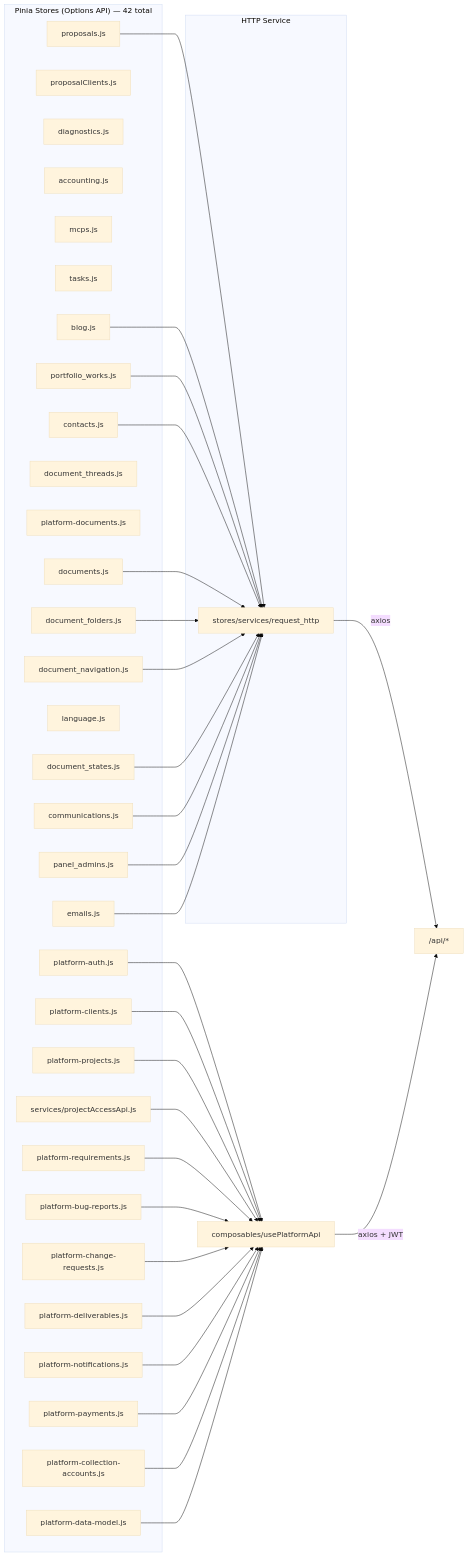
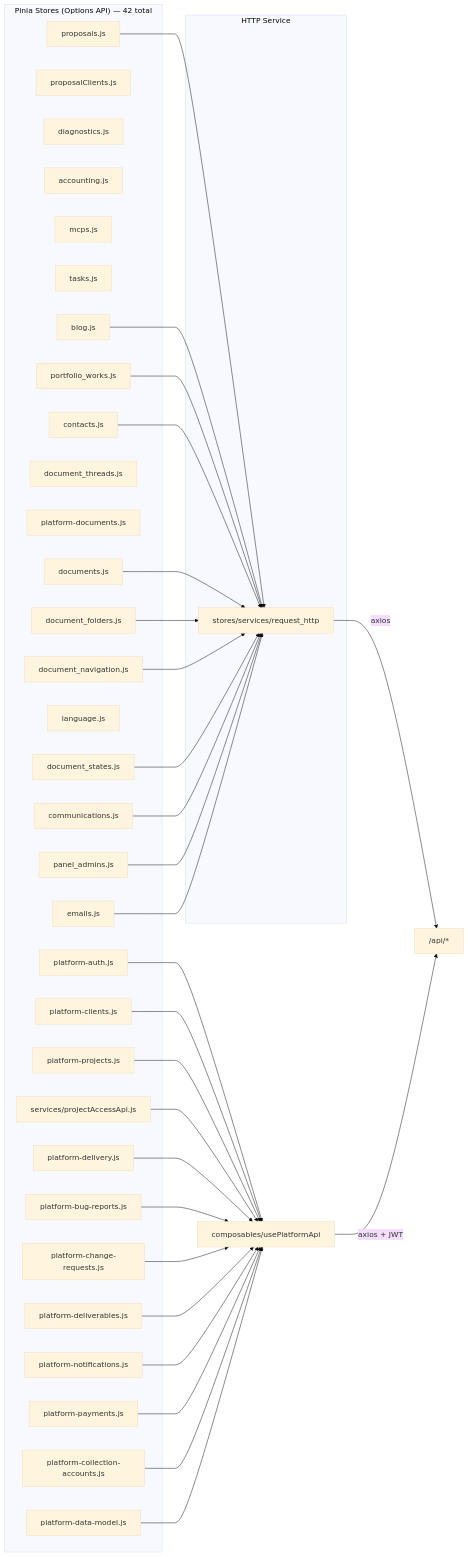
Diagram 11 of 23 in docs/methodology/architecture.md (WeAreProjectApp/projectapp), drawn with Mermaid (base theme) before and after one commit. The commit also changed other lines of this file and 167 other files, not shown here.

````diff
--- a/docs/methodology/architecture.md
+++ b/docs/methodology/architecture.md
@@ -1192,67 +1209,67 @@
 ```mermaid
 flowchart LR
     subgraph Stores["Pinia Stores (Options API) — 42 total"]
         ProposalStore["proposals.js"]
         ProposalClientsStore["proposalClients.js"]
         DiagnosticsStore["diagnostics.js"]
         AccountingStore["accounting.js"]
         McpsStore["mcps.js"]
         TasksStore["tasks.js"]
         DocumentFoldersStore["document_folders.js"]
         DocumentNavigationStore["document_navigation.js"]
         DocumentStatesStore["document_states.js"]
         DocumentThreadsStore["document_threads.js"]
         PlatformDocumentsStore["platform-documents.js"]
         BlogStore["blog.js"]
         PortfolioStore["portfolio_works.js"]
         ContactStore["contacts.js"]
         LanguageStore["language.js"]
         DocumentStore["documents.js"]
         CommunicationsStore["communications.js"]
         PanelAdmins["panel_admins.js"]
         PlatformAuth["platform-auth.js"]
         PlatformClients["platform-clients.js"]
         PlatformProjects["platform-projects.js"]
         ProjectAccessTransport["services/projectAccessApi.js"]
-        PlatformRequirements["platform-requirements.js"]
+        PlatformDelivery["platform-delivery.js"]
         PlatformBugReports["platform-bug-reports.js"]
         PlatformChangeRequests["platform-change-requests.js"]
         PlatformDeliverables["platform-deliverables.js"]
         PlatformNotifications["platform-notifications.js"]
         PlatformPayments["platform-payments.js"]
         PlatformCollectionAccounts["platform-collection-accounts.js"]
         PlatformDataModel["platform-data-model.js"]
         EmailsStore["emails.js"]
     end
 
     subgraph HTTP["HTTP Service"]
         RequestHTTP["stores/services/request_http"]
     end
 
     ProposalStore --> RequestHTTP
     BlogStore --> RequestHTTP
     PortfolioStore --> RequestHTTP
     ContactStore --> RequestHTTP
     DocumentStore --> RequestHTTP
     DocumentFoldersStore --> RequestHTTP
     DocumentNavigationStore --> RequestHTTP
     DocumentStatesStore --> RequestHTTP
     CommunicationsStore --> RequestHTTP
     PanelAdmins --> RequestHTTP
     PlatformAuth --> PlatformHTTP["composables/usePlatformApi"]
     PlatformClients --> PlatformHTTP
     PlatformProjects --> PlatformHTTP
     ProjectAccessTransport --> PlatformHTTP
-    PlatformRequirements --> PlatformHTTP
+    PlatformDelivery --> PlatformHTTP
     PlatformBugReports --> PlatformHTTP
     PlatformChangeRequests --> PlatformHTTP
     PlatformDeliverables --> PlatformHTTP
     PlatformNotifications --> PlatformHTTP
     PlatformPayments --> PlatformHTTP
     PlatformCollectionAccounts --> PlatformHTTP
     PlatformDataModel --> PlatformHTTP
     EmailsStore --> RequestHTTP
 
     RequestHTTP -->|axios| API["/api/*"]
     PlatformHTTP -->|axios + JWT| API
 ```
````
